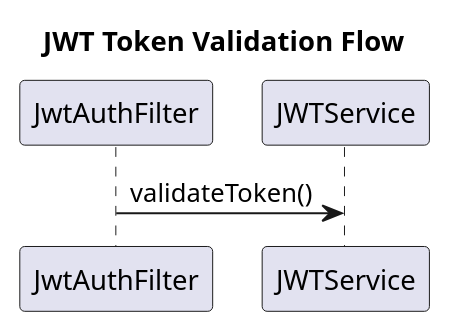
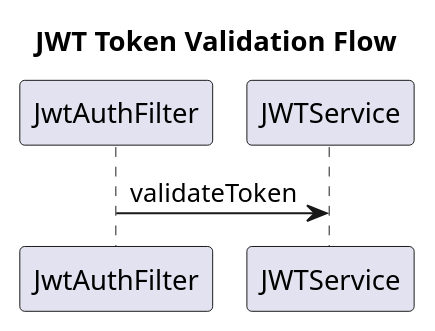
The third of 6 diagrams in identityprovider/documentation/detaileddesign.adoc (Dinesh-s95/AutoDoc.ai), drawn with PlantUML before and after one commit. The commit also changed other lines of this file and 16 other files, not shown here.

```diff
--- a/identityprovider/documentation/detaileddesign.adoc
+++ b/identityprovider/documentation/detaileddesign.adoc
@@ -96,6 +204,5 @@
 [plantuml, runtime-view]
 ----
 title JWT Token Validation Flow
-
-JwtAuthFilter -> JWTService: validateToken()
+JwtAuthFilter -> JWTService: validateToken
 ----
```
